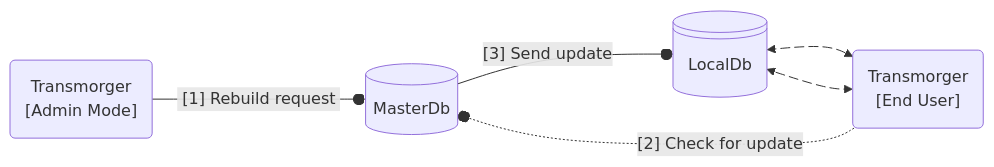
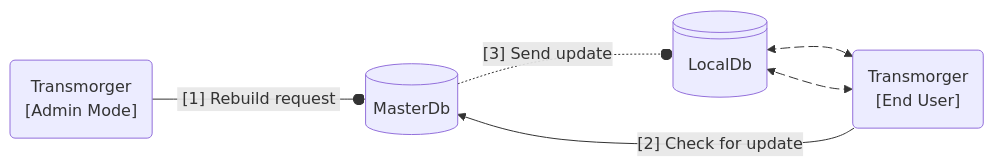
One commit to spectrum-health-systems/TingenTransmorger changed the diagram in docs/man/README.md. Above: the diagram before and after it, drawn with Mermaid. The commit also changed other lines of this file, not shown here.

Commit message:
Update Tingen Transmorger manual

````diff
--- a/docs/man/README.md
+++ b/docs/man/README.md
@@ -66,17 +62,17 @@
 ```mermaid
 flowchart LR
     %% Components
     TransmorgerAdminMode@{ shape: rounded, label: "Transmorger\n[Admin Mode]" }
     MasterDb@{ shape: cyl, label: "MasterDb" } 
     TransmorgerEndUser@{ shape: rounded, label: "Transmorger\n[End User]" }
     LocalDb@{ shape: lin-cyl, label: "LocalDb" }
     %% Layout
     TransmorgerAdminMode -- &nbsp;[1] Rebuild request&nbsp; --o MasterDb
-    TransmorgerEndUser -. [2] Check for update .-o MasterDb
-    MasterDb --[3] Send update --o LocalDb
+    TransmorgerEndUser -- [2] Check for update --> MasterDb
+    MasterDb -. [3] Send update .-o LocalDb
     TransmorgerEndUser e1@<--> LocalDb
     LocalDb e2@<-->TransmorgerEndUser
     %% Styles
     e1@{ animate: true }
     e2@{ animate: true }
 ```
````
